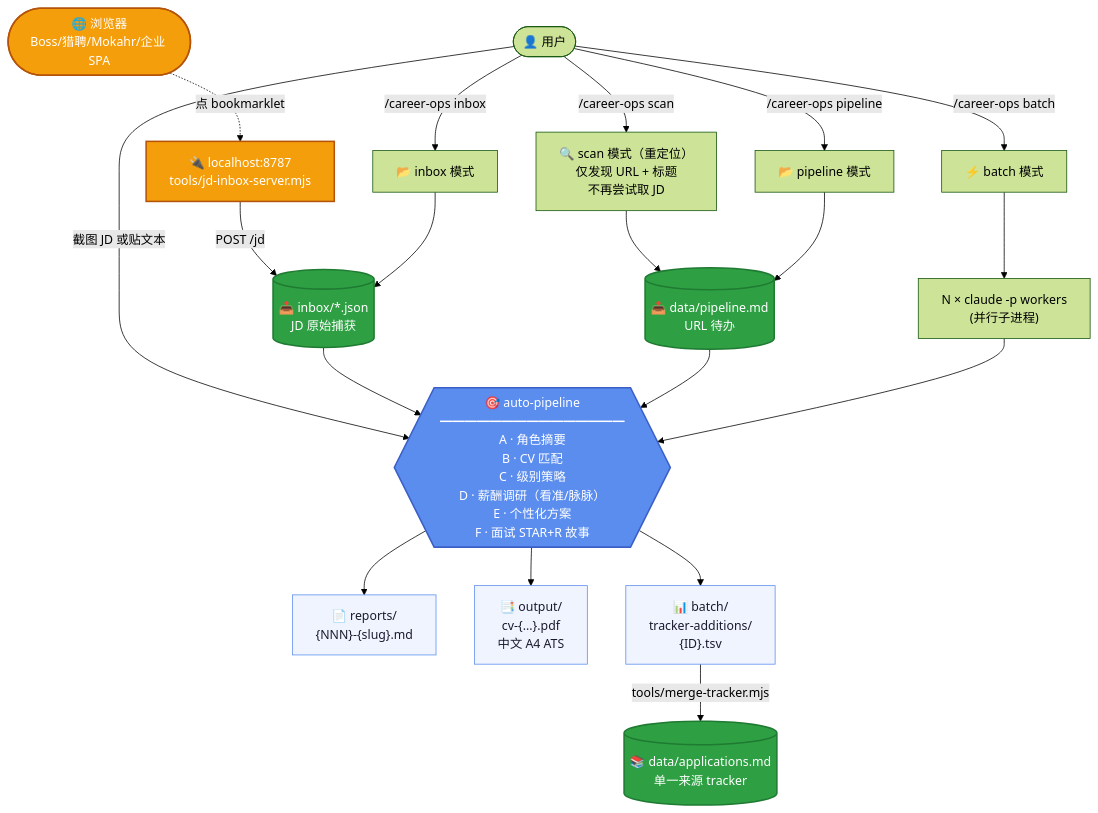
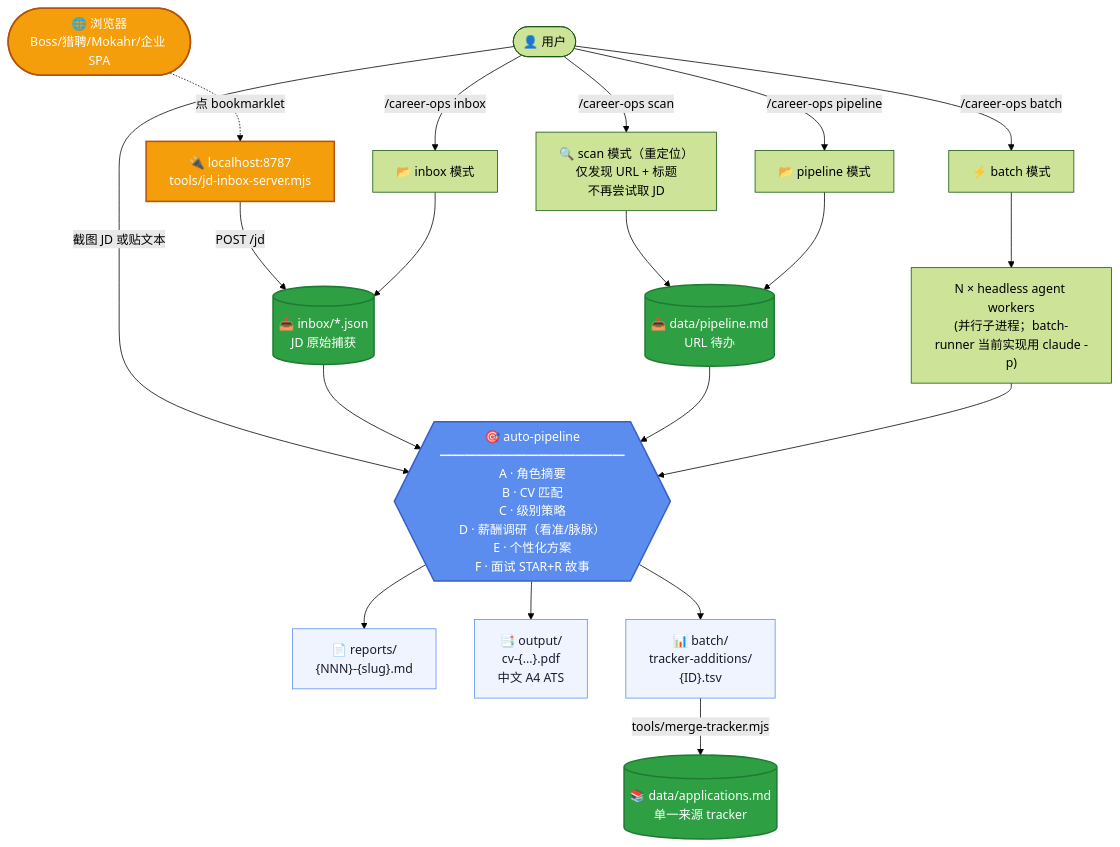
One commit to yrusc9814-web/career-command-center changed the diagram in README.md. Above: the diagram before and after it, drawn with Mermaid (forest theme). The commit also changed other lines of this file and 27 other files, not shown here.

````diff
--- a/README.md
+++ b/README.md
@@ -69,49 +115,49 @@
 ```mermaid
 flowchart TD
     User(["👤 用户"])
     Browser(["🌐 浏览器<br/>Boss/猎聘/Mokahr/企业 SPA"])
 
     User -->|截图 JD 或贴文本| AutoPipe
     User -->|/career-ops scan| ScanMode
     User -->|/career-ops pipeline| ProcessInbox
     User -->|/career-ops batch| BatchMode
     User -->|/career-ops inbox| InboxMode
 
     Browser -.->|点 bookmarklet| LocalServer
     LocalServer["🔌 localhost:8787<br/>tools/jd-inbox-server.mjs"]
     LocalServer -->|POST /jd| JDInbox
     JDInbox[("📥 inbox/*.json<br/>JD 原始捕获")]
 
     InboxMode["📂 inbox 模式"] --> JDInbox
     JDInbox --> AutoPipe
 
     ScanMode["🔍 scan 模式（重定位）<br/>仅发现 URL + 标题<br/>不再尝试取 JD"]
     ScanMode --> URLInbox
 
     ProcessInbox["📂 pipeline 模式"] --> URLInbox
     URLInbox[("📥 data/pipeline.md<br/>URL 待办")]
     URLInbox --> AutoPipe
 
     BatchMode["⚡ batch 模式"] --> Workers
-    Workers["N × claude -p workers<br/>(并行子进程)"]
+    Workers["N × headless agent workers<br/>(并行子进程；batch-runner 当前实现用 claude -p)"]
     Workers --> AutoPipe
 
     AutoPipe{{"🎯 auto-pipeline<br/>━━━━━━━━━━━━━━━<br/>A · 角色摘要<br/>B · CV 匹配<br/>C · 级别策略<br/>D · 薪酬调研（看准/脉脉）<br/>E · 个性化方案<br/>F · 面试 STAR+R 故事"}}
 
     AutoPipe --> Report["📄 reports/<br/>{NNN}-{slug}.md"]
     AutoPipe --> PDF["📑 output/<br/>cv-{...}.pdf<br/>中文 A4 ATS"]
     AutoPipe --> TSV["📊 batch/<br/>tracker-additions/<br/>{ID}.tsv"]
 
     TSV -->|"tools/merge-tracker.mjs"| Apps
 
     Apps[("📚 data/applications.md<br/>单一来源 tracker")]
 
     classDef hot fill:#5b8def,stroke:#3b5fc7,color:#fff,stroke-width:2px
     classDef store fill:#2ea043,stroke:#1f7a32,color:#fff,stroke-width:2px
     classDef output fill:#f0f4ff,stroke:#5b8def,color:#1a1a2e
     classDef bridge fill:#f59e0b,stroke:#b45309,color:#fff,stroke-width:2px
     class AutoPipe hot
     class Apps,JDInbox,URLInbox store
     class Report,PDF,TSV output
     class LocalServer,Browser bridge
 ```
````
